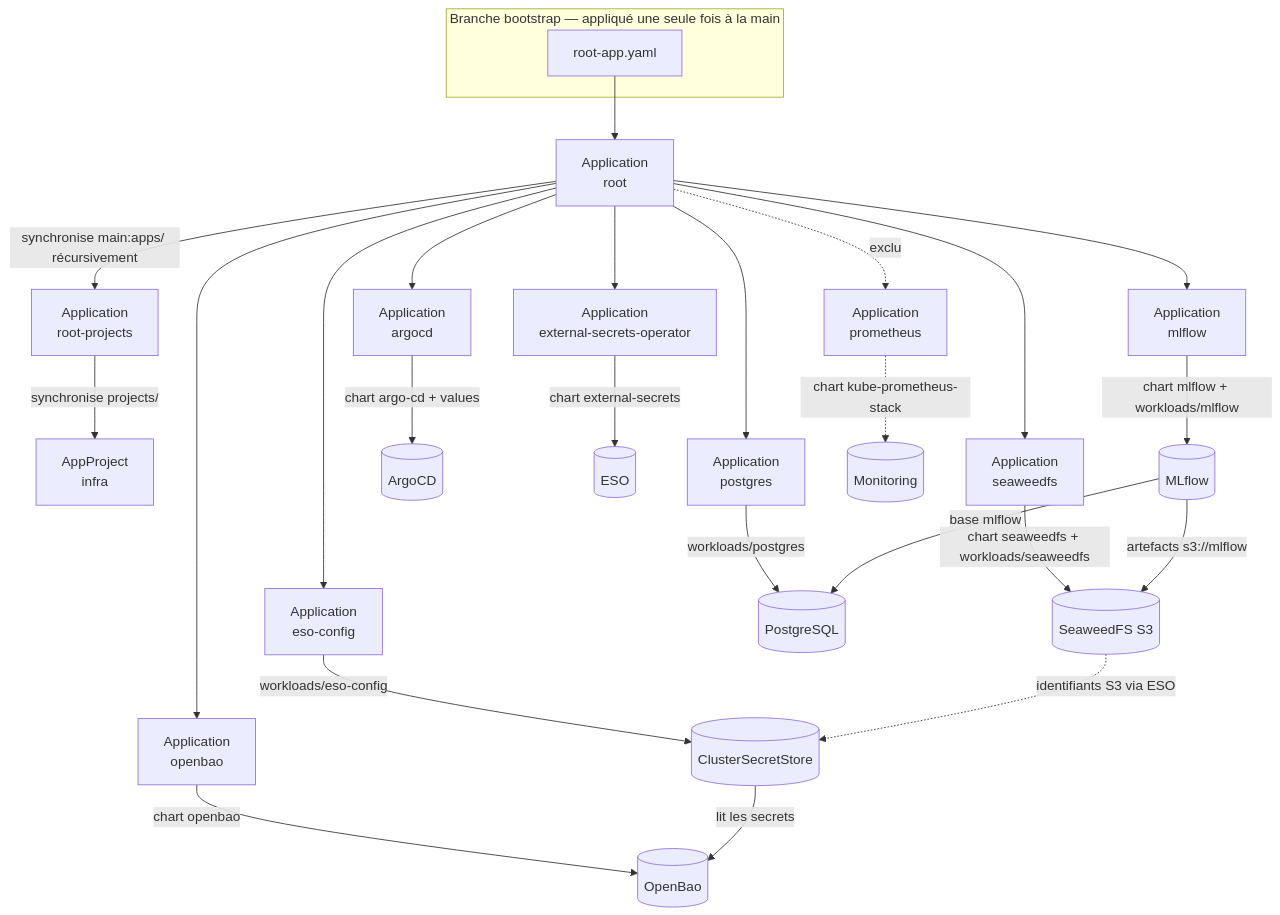
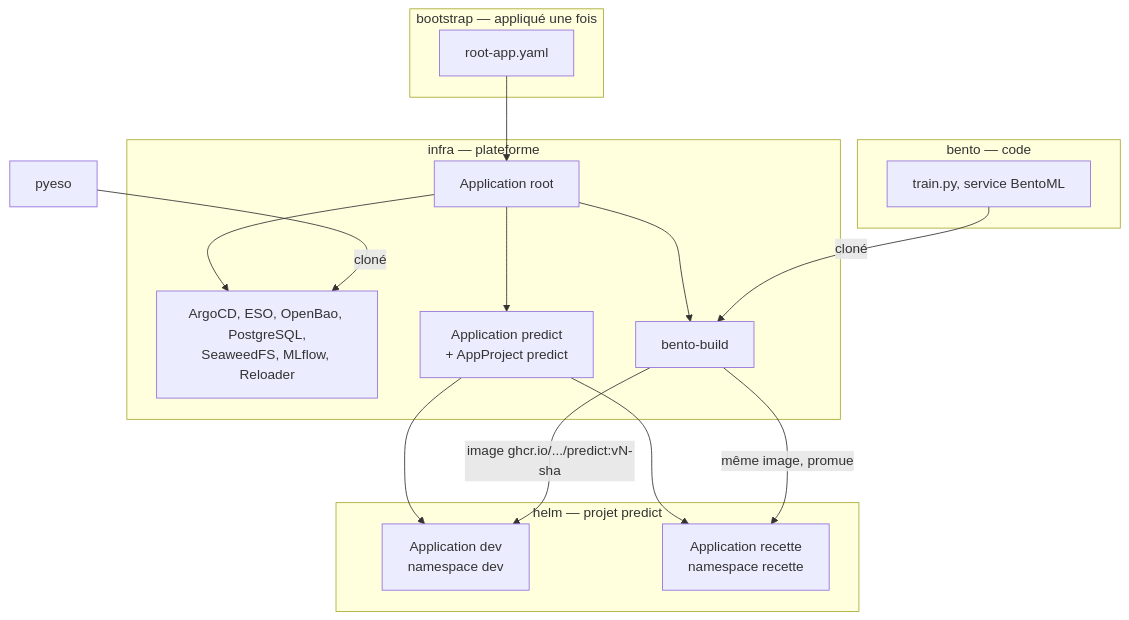
Before and after one commit to jeanbaptiste-billaud/ArgoCD_Udemy: the diagram in README.md, drawn with Mermaid. The commit also changed other lines of this file and 33 other files, not shown here.

````diff
--- a/README.md
+++ b/README.md
@@ -47,34 +22,27 @@
 ```mermaid
 flowchart TD
-    subgraph manuel["Branche bootstrap — appliqué une seule fois à la main"]
+    subgraph bootstrap["bootstrap — appliqué une fois"]
         RA[root-app.yaml]
     end
+    RA --> ROOT[Application root]
 
-    RA --> ROOT[Application<br/>root]
+    subgraph infra["infra — plateforme"]
+        ROOT --> PLAT[ArgoCD, ESO, OpenBao, PostgreSQL,<br/>SeaweedFS, MLflow, Reloader]
+        ROOT --> BB[bento-build]
+        ROOT --> PRED[Application predict<br/>+ AppProject predict]
+    end
 
-    ROOT -->|synchronise main:apps/ récursivement| RP[Application<br/>root-projects]
-    RP -->|synchronise projects/| PRJ[AppProject<br/>infra]
+    subgraph helm["helm — projet predict"]
+        PRED --> DEV[Application dev<br/>namespace dev]
+        PRED --> REC[Application recette<br/>namespace recette]
+    end
 
-    ROOT --> ARGO[Application<br/>argocd]
-    ROOT --> ESO[Application<br/>external-secrets-operator]
-    ROOT --> ESOC[Application<br/>eso-config]
-    ROOT --> BAO[Application<br/>openbao]
-    ROOT --> SWFS[Application<br/>seaweedfs]
-    ROOT --> PG[Application<br/>postgres]
-    ROOT --> MLF[Application<br/>mlflow]
-    ROOT -. exclu .-> PROM[Application<br/>prometheus]
+    subgraph bento["bento — code"]
+        CODE[train.py, service BentoML]
+    end
 
-    ARGO -->|chart argo-cd + values| ARGOCD[(ArgoCD)]
-    ESO -->|chart external-secrets| ESOD[(ESO)]
-    ESOC -->|workloads/eso-config| CSS[(ClusterSecretStore)]
-    BAO -->|chart openbao| BAOD[(OpenBao)]
-    SWFS -->|chart seaweedfs + workloads/seaweedfs| SWFSD[(SeaweedFS S3)]
-    PG -->|workloads/postgres| PGD[(PostgreSQL)]
-    MLF -->|chart mlflow + workloads/mlflow| MLFD[(MLflow)]
-    MLFD -->|base mlflow| PGD
-    MLFD -->|artefacts s3://mlflow| SWFSD
-    PROM -.->|chart kube-prometheus-stack| PROMD[(Monitoring)]
-
-    CSS -->|lit les secrets| BAOD
-    SWFSD -.->|identifiants S3 via ESO| CSS
+    CODE -->|cloné| BB
+    BB -->|image ghcr.io/.../predict:vN-sha| DEV
+    BB -->|même image, promue| REC
+    PYESO[pyeso] -->|cloné| PLAT
 ```
````
